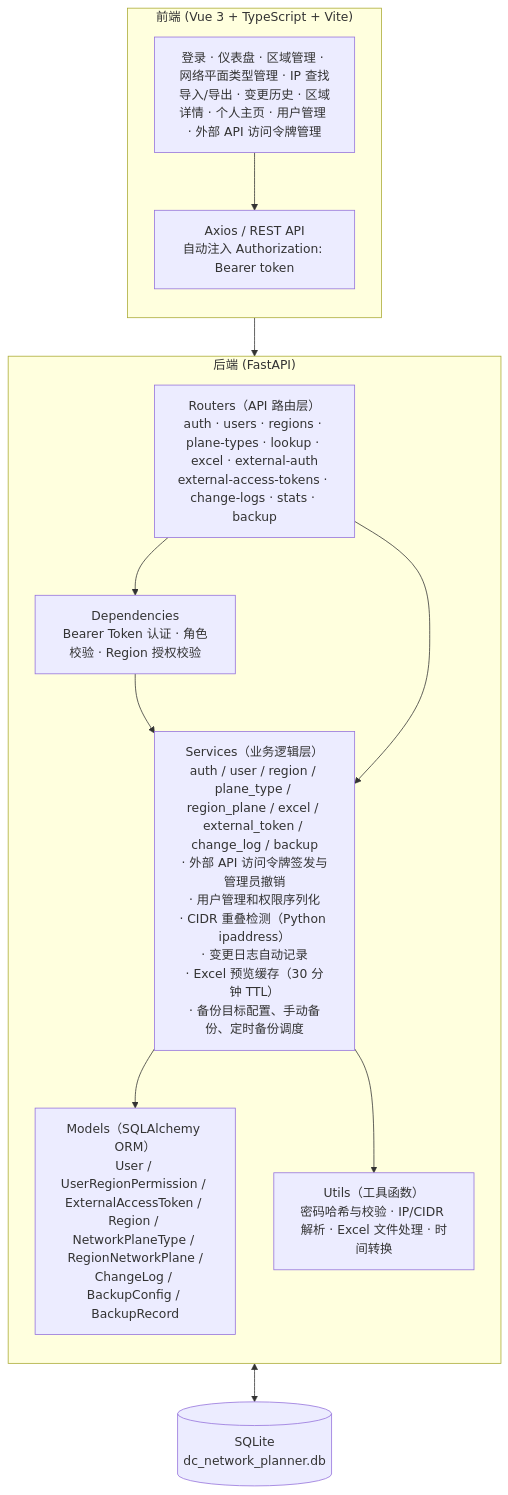
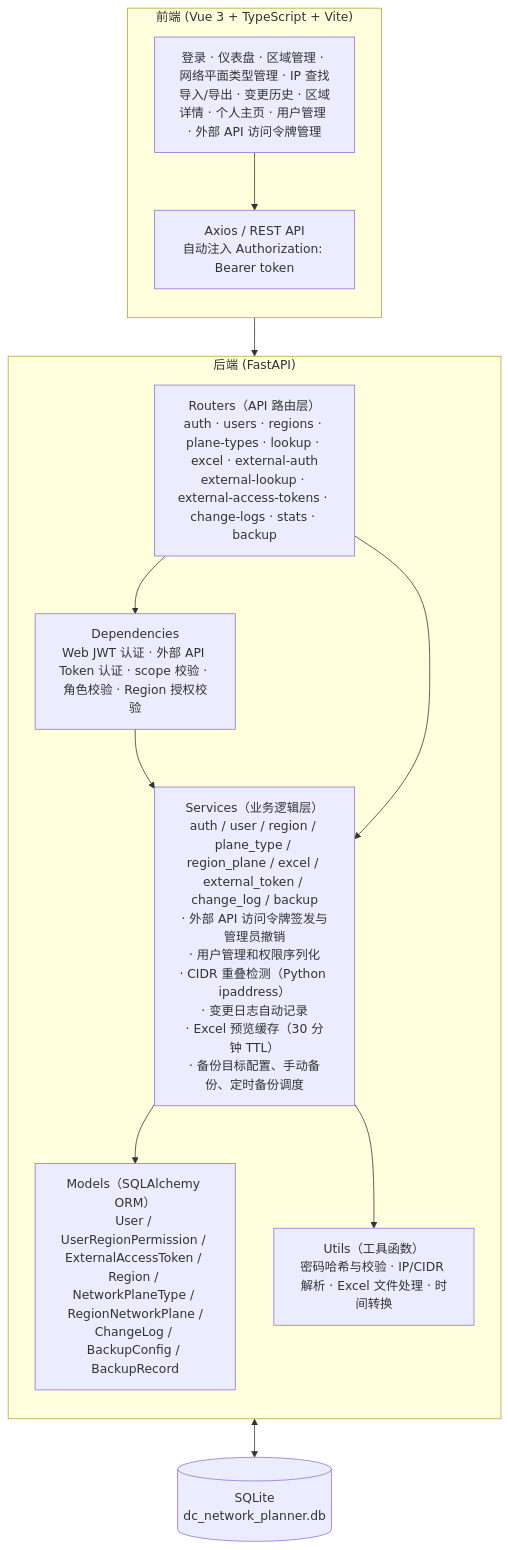
One commit to zhou-xingxing/dc-network-planner changed the first of 5 diagrams in SYSTEM_DESIGN.md. Above: the diagram before and after it, drawn with Mermaid. The commit also changed other lines of this file and 12 other files, not shown here.

````diff
--- a/SYSTEM_DESIGN.md
+++ b/SYSTEM_DESIGN.md
@@ -41,27 +41,27 @@
 ```mermaid
 graph TB
     subgraph Frontend["前端 (Vue 3 + TypeScript + Vite)"]
         direction TB
         FE_Pages["登录 · 仪表盘 · 区域管理 · 网络平面类型管理 · IP 查找<br/>导入/导出 · 变更历史 · 区域详情 · 个人主页 · 用户管理 · 外部 API 访问令牌管理"]
         FE_Axios["Axios / REST API<br/>自动注入 Authorization: Bearer token"]
         FE_Pages --> FE_Axios
     end
 
     subgraph Backend["后端 (FastAPI)"]
         direction TB
-        Routers["Routers（API 路由层）<br/>auth · users · regions · plane-types · lookup · excel · external-auth<br/>external-access-tokens · change-logs · stats · backup"]
-        Deps["Dependencies<br/>Bearer Token 认证 · 角色校验 · Region 授权校验"]
+        Routers["Routers（API 路由层）<br/>auth · users · regions · plane-types · lookup · excel · external-auth<br/>external-lookup · external-access-tokens · change-logs · stats · backup"]
+        Deps["Dependencies<br/>Web JWT 认证 · 外部 API Token 认证 · scope 校验 · 角色校验 · Region 授权校验"]
         Services["Services（业务逻辑层）<br/>auth / user / region / plane_type / region_plane / excel / external_token / change_log / backup<br/>· 外部 API 访问令牌签发与管理员撤销<br/>· 用户管理和权限序列化<br/>· CIDR 重叠检测（Python ipaddress）<br/>· 变更日志自动记录<br/>· Excel 预览缓存（30 分钟 TTL）<br/>· 备份目标配置、手动备份、定时备份调度"]
         Utils["Utils（工具函数）<br/>密码哈希与校验 · IP/CIDR 解析 · Excel 文件处理 · 时间转换"]
         Models["Models（SQLAlchemy ORM）<br/>User / UserRegionPermission / ExternalAccessToken / Region / NetworkPlaneType / RegionNetworkPlane /<br/>ChangeLog / BackupConfig / BackupRecord"]
         Routers --> Deps
         Deps --> Services
         Routers --> Services --> Models
         Services --> Utils
     end
 
     DB[("SQLite<br/>dc_network_planner.db")]
 
     FE_Axios --> Routers
     Models <--> DB
 ```
````
